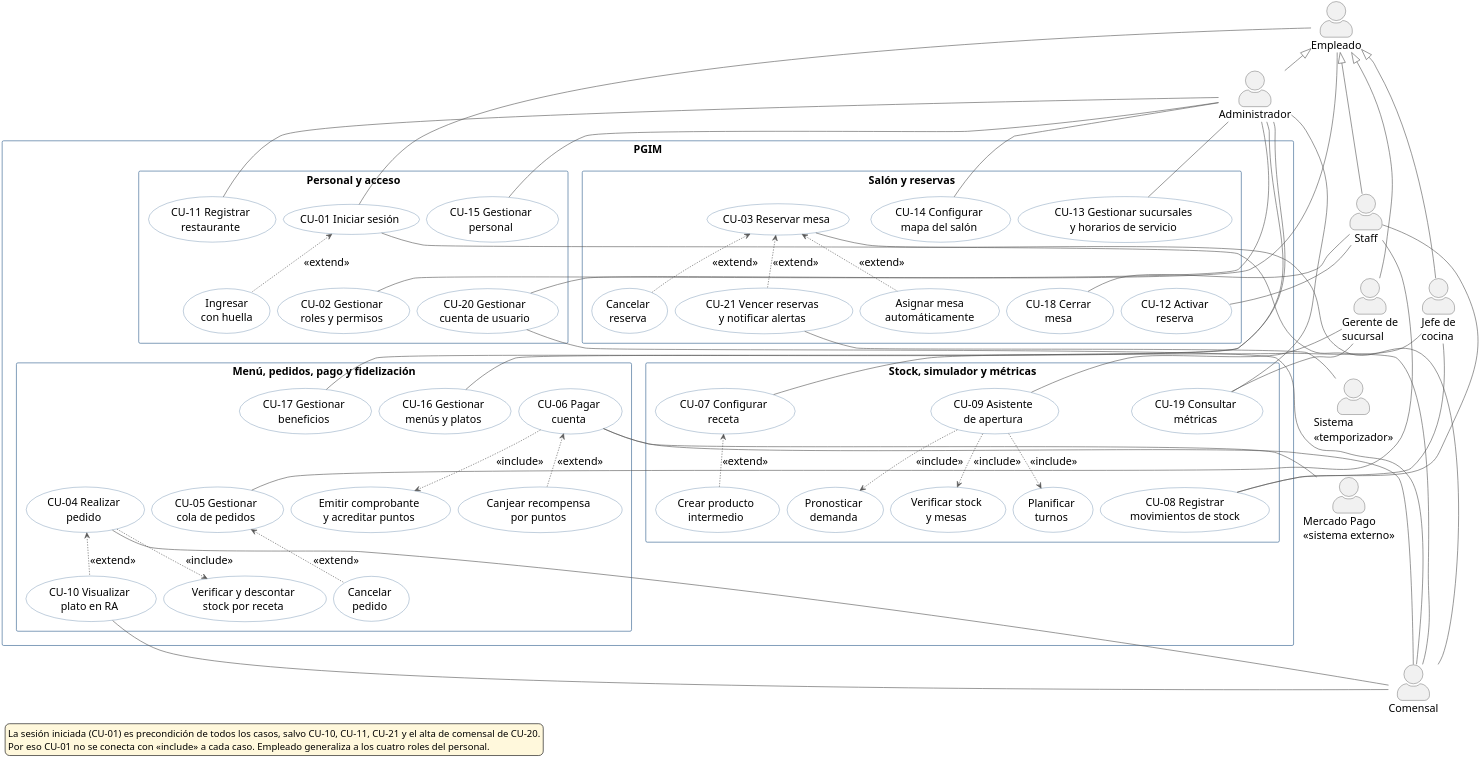
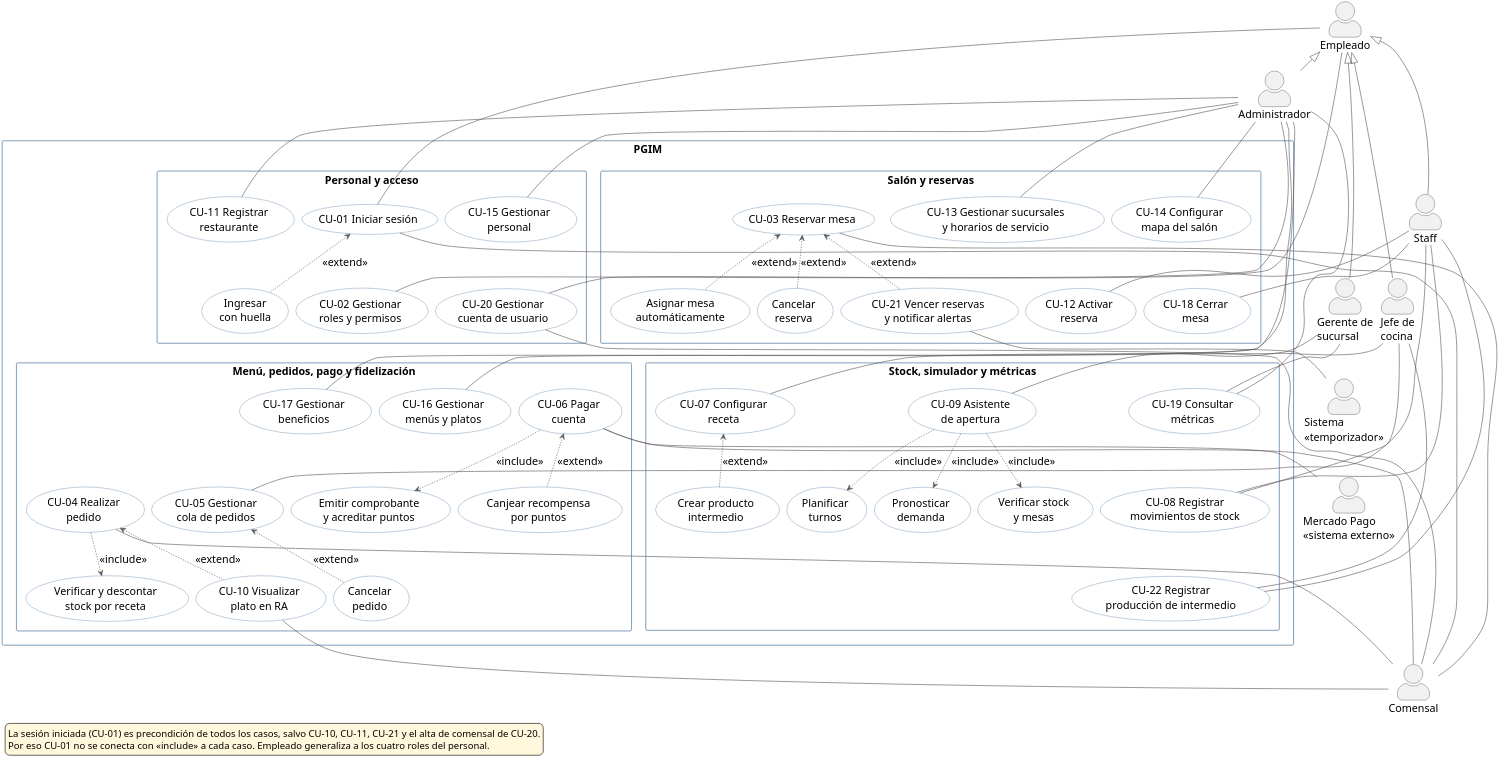
The diagram in docs/modelos/casos-de-uso/0-general/v1/cu-general-v1.puml (GabrielLigresti/TFG-PGIM), drawn with PlantUML before and after one commit. The commit also changed 26 other files, not shown here.

```diff
--- a/docs/modelos/casos-de-uso/0-general/v1/cu-general-v1.puml
+++ b/docs/modelos/casos-de-uso/0-general/v1/cu-general-v1.puml
@@ -1,148 +1,152 @@
 @startuml cu-general-v1
 top to bottom direction
 skinparam dpi 300
 skinparam defaultFontName Calibri
 skinparam defaultFontSize 18
 skinparam shadowing false
 skinparam legendFontSize 16
 skinparam legendBackgroundColor #FFF8DC
 skinparam packageStyle rectangle
 skinparam actorStyle awesome
 skinparam nodesep 12
 skinparam ranksep 30
 skinparam usecase {
   BackgroundColor #FFFFFF
   BorderColor #2E5E8C
   ArrowColor #555555
 }
 skinparam rectangle {
   BorderColor #2E5E8C
   FontStyle bold
 }
 skinparam note {
   BackgroundColor #FFF8DC
   BorderColor #999999
 }
 
 actor "Empleado" as EMP
 actor "Administrador" as ADM
 actor "Gerente de\nsucursal" as GER
 actor "Jefe de\ncocina" as JEF
 actor "Staff" as STF
 actor "Comensal" as COM
 actor "Mercado Pago\n<<sistema externo>>" as MP
 actor "Sistema\n<<temporizador>>" as SYS
 
 EMP <|-- ADM
 EMP <|-- GER
 EMP <|-- JEF
 EMP <|-- STF
 
 rectangle "PGIM" {
   rectangle "Personal y acceso" {
     usecase "CU-01 Iniciar sesión" as CU01
     usecase "Ingresar\ncon huella" as HUE
     usecase "CU-20 Gestionar\ncuenta de usuario" as CU20
     usecase "CU-02 Gestionar\nroles y permisos" as CU02
     usecase "CU-11 Registrar\nrestaurante" as CU11
     usecase "CU-15 Gestionar\npersonal" as CU15
   }
   rectangle "Salón y reservas" {
     usecase "CU-13 Gestionar sucursales\ny horarios de servicio" as CU13
     usecase "CU-14 Configurar\nmapa del salón" as CU14
     usecase "CU-03 Reservar mesa" as CU03
     usecase "Asignar mesa\nautomáticamente" as AUTO
     usecase "Cancelar\nreserva" as CANR
     usecase "CU-12 Activar\nreserva" as CU12
     usecase "CU-18 Cerrar\nmesa" as CU18
     usecase "CU-21 Vencer reservas\ny notificar alertas" as CU21
   }
   rectangle "Menú, pedidos, pago y fidelización" {
     usecase "CU-16 Gestionar\nmenús y platos" as CU16
     usecase "CU-17 Gestionar\nbeneficios" as CU17
     usecase "CU-04 Realizar\npedido" as CU04
     usecase "CU-10 Visualizar\nplato en RA" as CU10
     usecase "Verificar y descontar\nstock por receta" as STK
     usecase "CU-05 Gestionar\ncola de pedidos" as CU05
     usecase "Cancelar\npedido" as CANP
     usecase "CU-06 Pagar\ncuenta" as CU06
     usecase "Emitir comprobante\ny acreditar puntos" as COMP
     usecase "Canjear recompensa\npor puntos" as CANJE
   }
   rectangle "Stock, simulador y métricas" {
     usecase "CU-07 Configurar\nreceta" as CU07
     usecase "Crear producto\nintermedio" as INT
     usecase "CU-08 Registrar\nmovimientos de stock" as CU08
+    usecase "CU-22 Registrar\nproducción de intermedio" as CU22
     usecase "CU-09 Asistente\nde apertura" as CU09
     usecase "Pronosticar\ndemanda" as PRON
     usecase "Verificar stock\ny mesas" as VERI
     usecase "Planificar\nturnos" as TURN
     usecase "CU-19 Consultar\nmétricas" as CU19
   }
 }
 
 ' --- Personal (arriba)
 EMP -- CU01
 EMP -- CU20
 ADM -- CU02
 ADM -- CU11
 ADM -- CU15
 ADM -- CU13
 ADM -- CU14
 ADM -- CU16
 ADM -- CU17
 ADM -- CU19
 GER -- CU09
 GER -- CU19
 JEF -- CU07
 JEF -- CU08
+JEF -- CU22
 STF -- CU05
 STF -- CU08
+STF -- CU22
 STF -- CU12
 STF -- CU18
 
 ' --- Comensal y sistemas externos (abajo)
 CU01 -- COM
 CU20 -- COM
 CU03 -- COM
 CU04 -- COM
 CU10 -- COM
 CU06 -- COM
 CU06 -- MP
 CU21 -- SYS
 
 ' --- include / extend
 CU01 <.. HUE : <<extend>>
 CU03 <.. AUTO : <<extend>>
 CU03 <.. CANR : <<extend>>
 CU03 <.. CU21 : <<extend>>
 CU04 <.. CU10 : <<extend>>
 CU04 ..> STK : <<include>>
 CU05 <.. CANP : <<extend>>
 CU06 ..> COMP : <<include>>
 CU06 <.. CANJE : <<extend>>
 CU07 <.. INT : <<extend>>
 CU09 ..> PRON : <<include>>
 CU09 ..> VERI : <<include>>
 CU09 ..> TURN : <<include>>
 
 ' --- Distribución en grilla 2x2
 ' filas internas
 CU11 -[hidden]down- CU02
 CU15 -[hidden]down- CU20
 CU13 -[hidden]down- CU12
 CU14 -[hidden]down- CU18
 CU16 -[hidden]down- CU05
 CU17 -[hidden]down- CU04
 CU19 -[hidden]down- CU08
+CU08 -[hidden]down- CU22
 ' módulos en dos filas
 HUE -[hidden]down- CU07
 CU02 -[hidden]down- CU19
 CU21 -[hidden]down- CU16
 CANR -[hidden]down- CU17
 
 legend bottom left
 La sesión iniciada (CU-01) es precondición de todos los casos, salvo CU-10, CU-11, CU-21 y el alta de comensal de CU-20.
 Por eso CU-01 no se conecta con «include» a cada caso. Empleado generaliza a los cuatro roles del personal.
 endlegend
 @enduml
```
